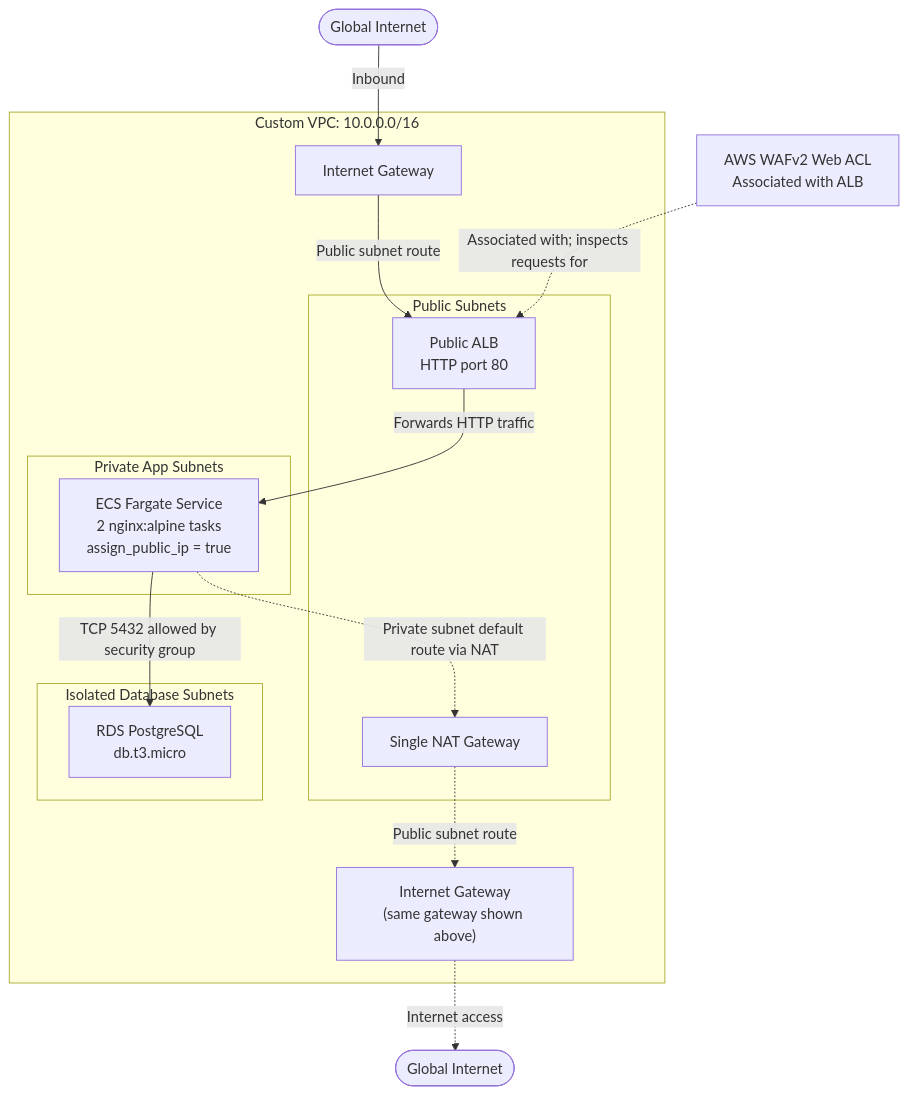
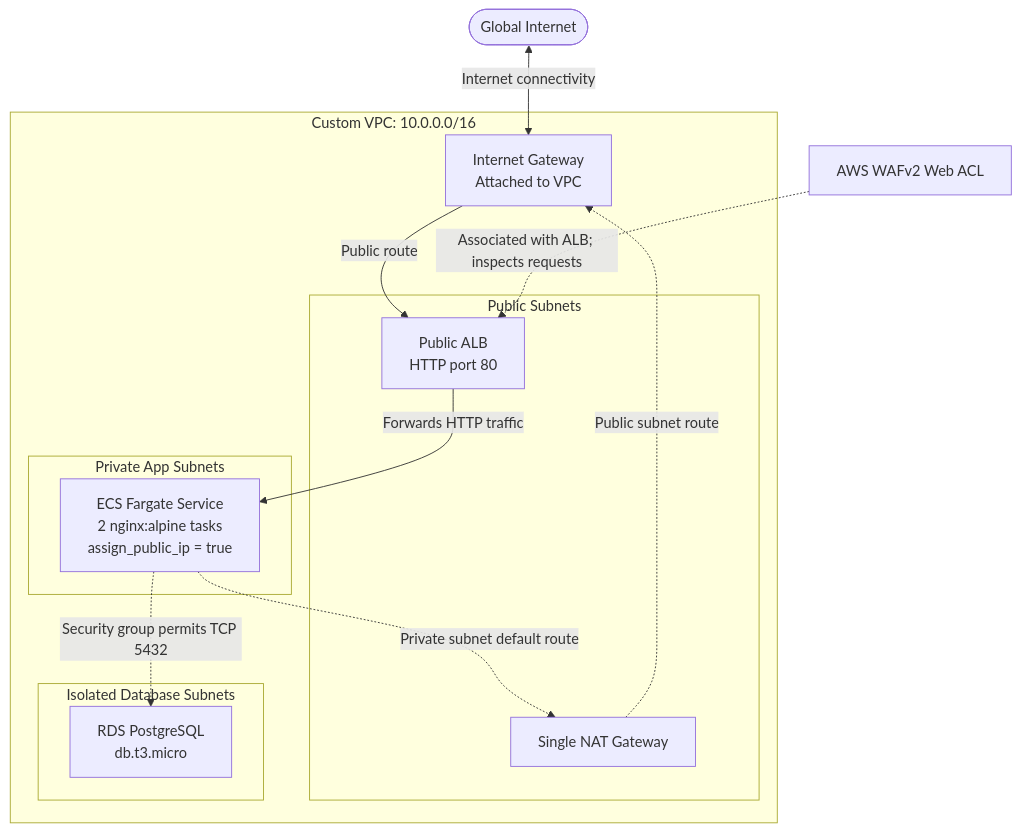
One commit to charishmanm24/AWS-Project changed the diagram in README.md. Above: the diagram before and after it, drawn with Mermaid.

Commit message:
Update diagram labels in README.md

````diff
--- a/README.md
+++ b/README.md
@@ -21,36 +21,30 @@
 ```mermaid
 flowchart TB
-    InternetIn([Global Internet])
-    WAF["AWS WAFv2 Web ACL<br/>Associated with ALB"]
+    Internet([Global Internet])
+    WAF["AWS WAFv2 Web ACL"]
 
     subgraph VPC["Custom VPC: 10.0.0.0/16"]
-        IGWIn["Internet Gateway"]
+        IGW["Internet Gateway<br/>Attached to VPC"]
 
         subgraph Public["Public Subnets"]
             ALB["Public ALB<br/>HTTP port 80"]
             NAT["Single NAT Gateway"]
         end
 
         subgraph Private["Private App Subnets"]
             ECS["ECS Fargate Service<br/>2 nginx:alpine tasks<br/>assign_public_ip = true"]
         end
 
         subgraph Data["Isolated Database Subnets"]
             DB["RDS PostgreSQL<br/>db.t3.micro"]
         end
-
-        IGWOut["Internet Gateway<br/>(same gateway shown above)"]
     end
 
-    InternetOut([Global Internet])
-
-    InternetIn -->|Inbound| IGWIn
-    IGWIn -->|Public subnet route| ALB
-    WAF -.->|Associated with; inspects requests for| ALB
+    Internet <-->|Internet connectivity| IGW
+    IGW -->|Public route| ALB
+    WAF -.->|Associated with ALB; inspects requests| ALB
     ALB -->|Forwards HTTP traffic| ECS
-    ECS -->|TCP 5432 allowed by security group| DB
-
-    ECS -.->|Private subnet default route via NAT| NAT
-    NAT -.->|Public subnet route| IGWOut
-    IGWOut -.->|Internet access| InternetOut
+    ECS -.->|Security group permits TCP 5432| DB
+    ECS -.->|Private subnet default route| NAT
+    NAT -.->|Public subnet route| IGW
 ```
````
